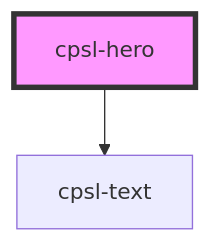
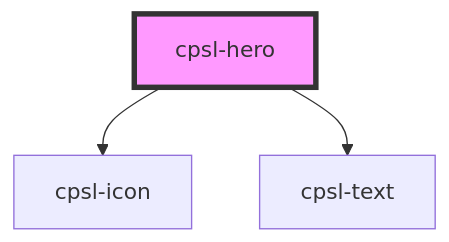
The diagram in packages/core-components/src/components/cpsl-hero/readme.md (getpara/examples-hub), drawn with Mermaid before and after one commit. The commit also changed other lines of this file and 298 other files, not shown here.

````diff
--- a/packages/core-components/src/components/cpsl-hero/readme.md
+++ b/packages/core-components/src/components/cpsl-hero/readme.md
@@ -24,5 +28,6 @@
 ```mermaid
 graph TD;
+  cpsl-hero --> cpsl-icon
   cpsl-hero --> cpsl-text
   style cpsl-hero fill:#f9f,stroke:#333,stroke-width:4px
 ```
````
